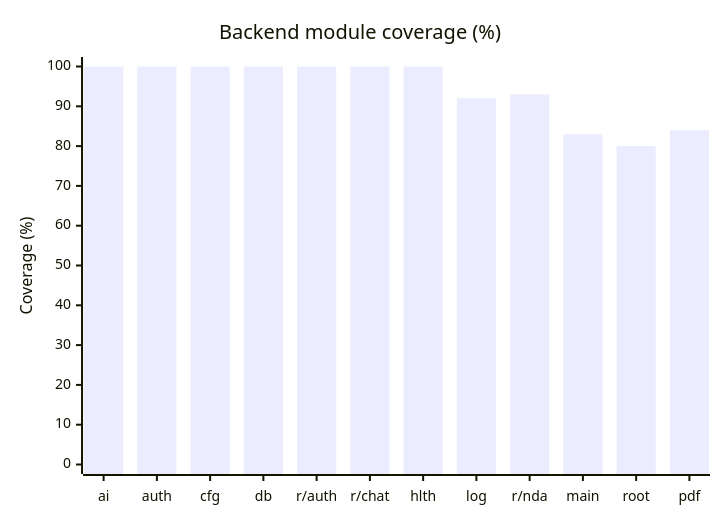
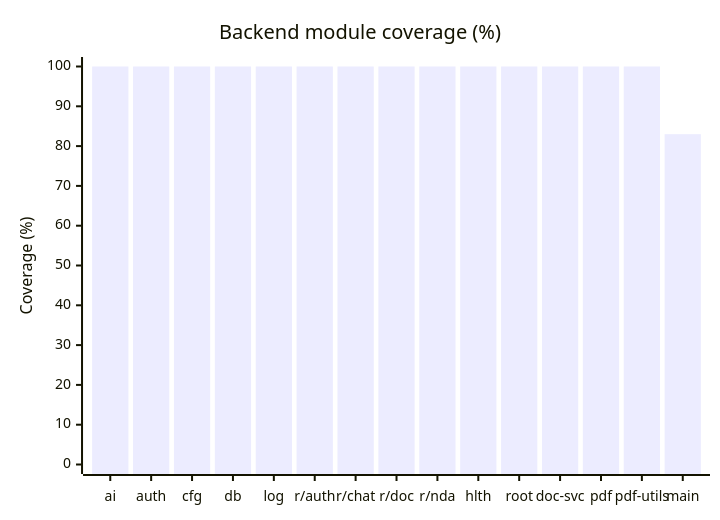
The second of 6 diagrams in docs/test-coverage-report.md (shaynemeyer/prelegal), drawn with Mermaid before and after one commit. The commit also changed other lines of this file and 35 other files, not shown here.

````diff
--- a/docs/test-coverage-report.md
+++ b/docs/test-coverage-report.md
@@ -55,7 +63,7 @@
 ```mermaid
 xychart-beta
     title "Backend module coverage (%)"
-    x-axis ["ai", "auth", "cfg", "db", "r/auth", "r/chat", "hlth", "log", "r/nda", "main", "root", "pdf"]
+    x-axis ["ai", "auth", "cfg", "db", "log", "r/auth", "r/chat", "r/doc", "r/nda", "hlth", "root", "doc-svc", "pdf", "pdf-utils", "main"]
     y-axis "Coverage (%)" 0 --> 100
-    bar [100, 100, 100, 100, 100, 100, 100, 92, 93, 83, 80, 84]
+    bar [100, 100, 100, 100, 100, 100, 100, 100, 100, 100, 100, 100, 100, 100, 83]
 ```
````
